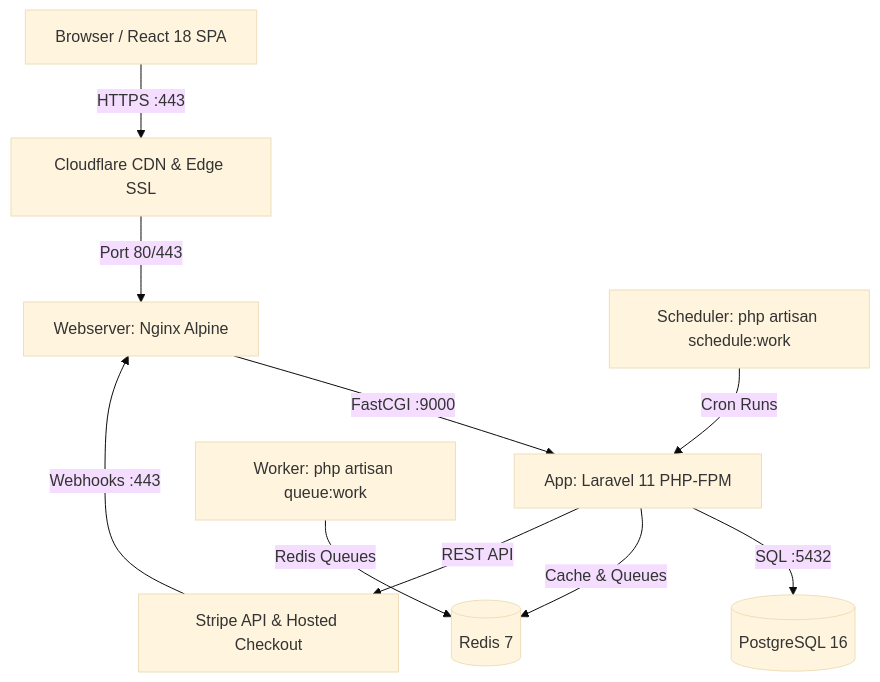
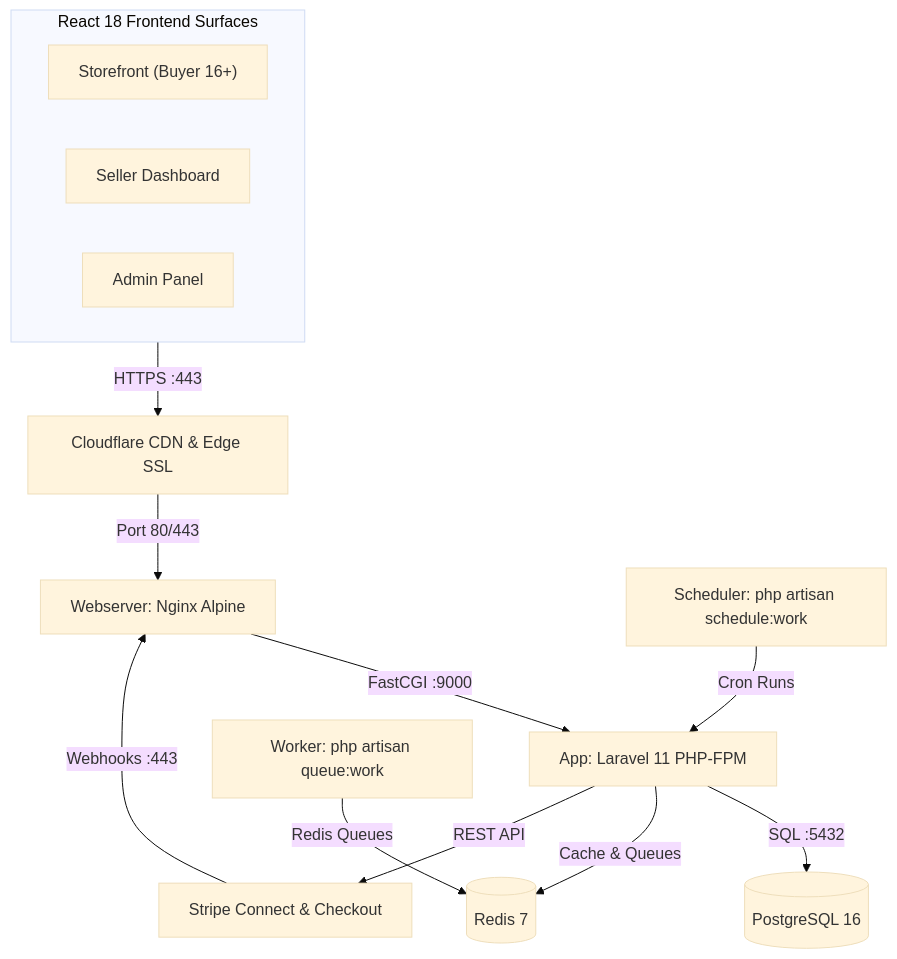
The diagram in Vault/ECOMMERCE VAULT/02 - Architecture/System_Architecture.md (arvnddl18/ecommerce-backend), drawn with Mermaid (base theme) before and after one commit. The commit also changed other lines of this file and 123 other files, not shown here.

````diff
--- a/Vault/ECOMMERCE VAULT/02 - Architecture/System_Architecture.md
+++ b/Vault/ECOMMERCE VAULT/02 - Architecture/System_Architecture.md
@@ -9,12 +9,18 @@
 ```mermaid
 graph TD
-    Client[Browser / React 18 SPA] -->|HTTPS :443| Cloudflare[Cloudflare CDN & Edge SSL]
+    subgraph Clients["React 18 Frontend Surfaces"]
+        BuyerUI["Storefront (Buyer 16+)"]
+        SellerUI["Seller Dashboard"]
+        AdminUI["Admin Panel"]
+    end
+
+    Clients -->|HTTPS :443| Cloudflare[Cloudflare CDN & Edge SSL]
     Cloudflare -->|Port 80/443| Nginx[Webserver: Nginx Alpine]
     Nginx -->|FastCGI :9000| App[App: Laravel 11 PHP-FPM]
     Worker[Worker: php artisan queue:work] -->|Redis Queues| Redis[(Redis 7)]
     Scheduler[Scheduler: php artisan schedule:work] -->|Cron Runs| App
     App -->|SQL :5432| DB[(PostgreSQL 16)]
     App -->|Cache & Queues| Redis
-    App -->|REST API| Stripe[Stripe API & Hosted Checkout]
+    App -->|REST API| Stripe[Stripe Connect & Checkout]
     Stripe -->|Webhooks :443| Nginx
 ```
````
